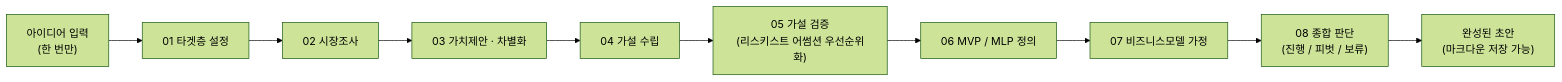
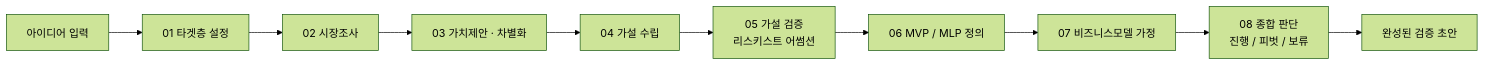
Before and after one commit to myeonnnn/idea-guide-agent: the diagram in README.md, drawn with Mermaid (forest theme). The commit also changed other lines of this file, not shown here.

````diff
--- a/README.md
+++ b/README.md
@@ -50,12 +47,12 @@
 ```mermaid
 graph LR
-  A["아이디어 입력<br/>(한 번만)"] --> S1["01 타겟층 설정"]
+  A["아이디어 입력"] --> S1["01 타겟층 설정"]
   S1 --> S2["02 시장조사"]
   S2 --> S3["03 가치제안 · 차별화"]
   S3 --> S4["04 가설 수립"]
-  S4 --> S5["05 가설 검증<br/>(리스키스트 어썸션 우선순위화)"]
+  S4 --> S5["05 가설 검증<br/>리스키스트 어썸션"]
   S5 --> S6["06 MVP / MLP 정의"]
   S6 --> S7["07 비즈니스모델 가정"]
-  S7 --> S8["08 종합 판단<br/>(진행 / 피벗 / 보류)"]
-  S8 --> D["완성된 초안<br/>(마크다운 저장 가능)"]
+  S7 --> S8["08 종합 판단<br/>진행 / 피벗 / 보류"]
+  S8 --> D["완성된 검증 초안"]
 ```
````
